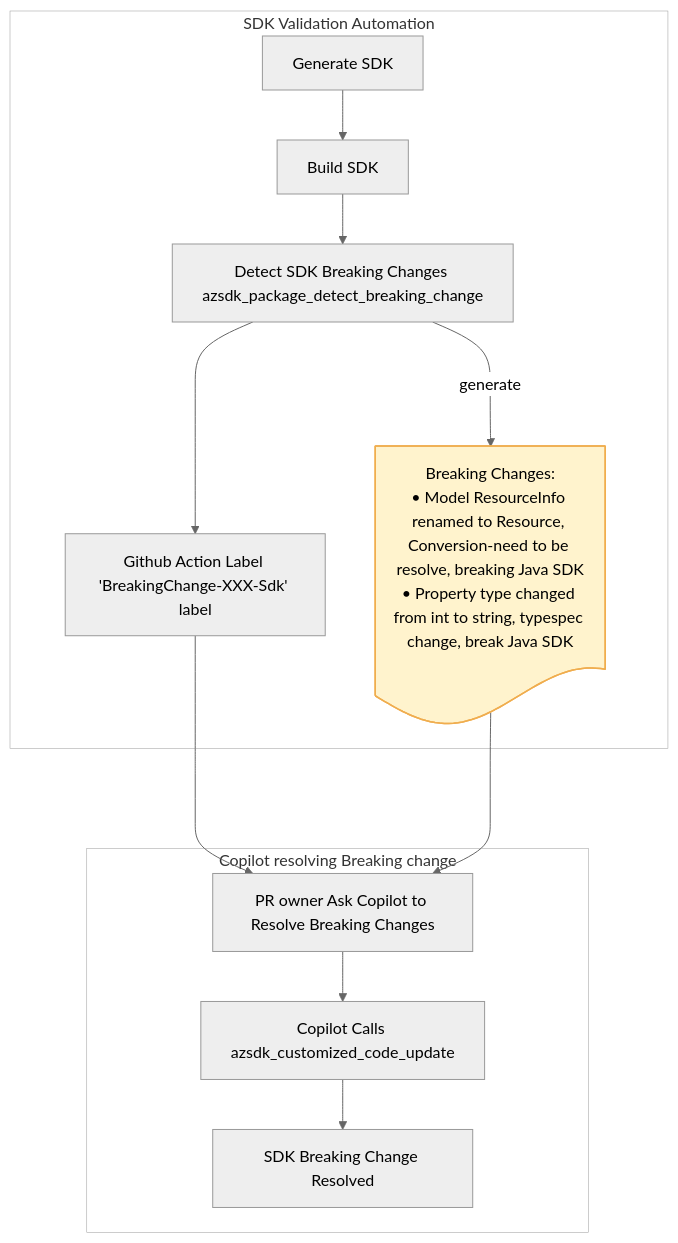
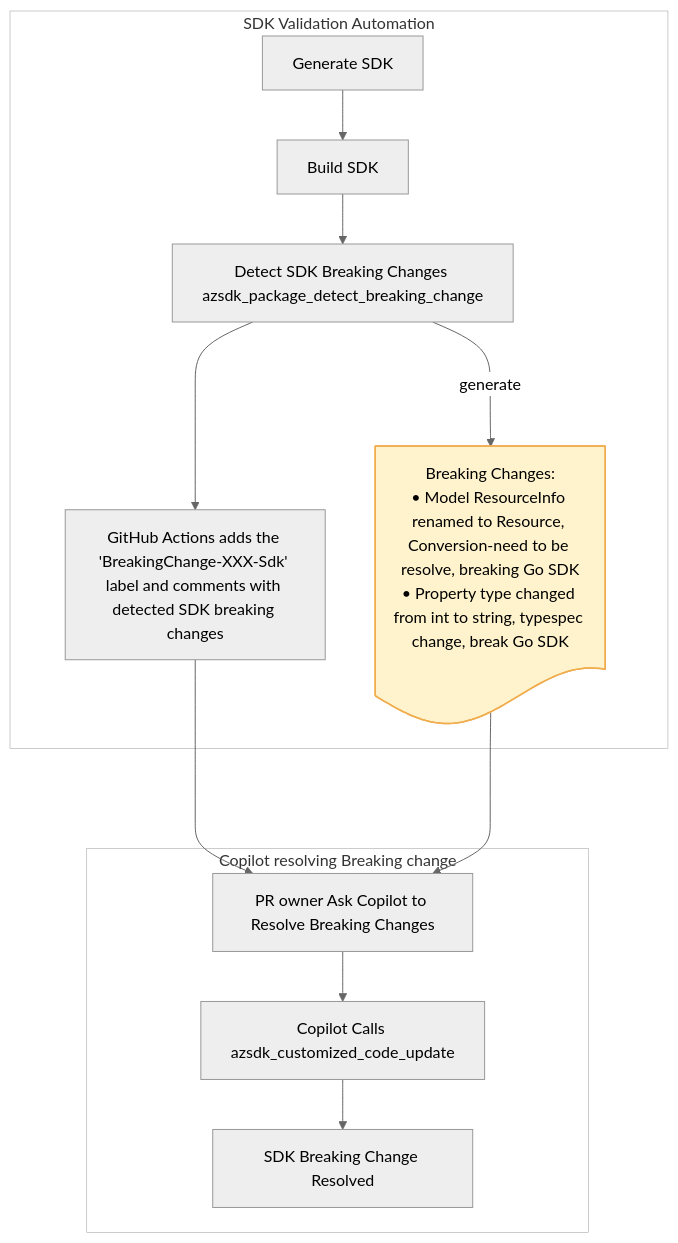
Before and after one commit to Azure/azure-sdk-tools: the second of 2 diagrams in tools/azsdk-cli/docs/specs/sdk-breaking-change-detect.spec.md, drawn with Mermaid (neutral theme). The commit also changed other lines of this file, not shown here.

````diff
--- a/tools/azsdk-cli/docs/specs/sdk-breaking-change-detect.spec.md
+++ b/tools/azsdk-cli/docs/specs/sdk-breaking-change-detect.spec.md
@@ -421,48 +448,48 @@
 ```mermaid
 flowchart TD
     A[Generate SDK]
     H[Build SDK]
     B[Detect SDK Breaking Changes azsdk_package_detect_breaking_change]
-    C[Github Action Label 'BreakingChange-XXX-Sdk' label]
+    C[GitHub Actions adds the 'BreakingChange-XXX-Sdk' label and comments with detected SDK breaking changes]
     D[PR owner Ask Copilot to Resolve Breaking Changes]
     E[Copilot Calls azsdk_customized_code_update]
     F[SDK Breaking Change Resolved]
     subgraph Automation["SDK Validation Automation"]
       A
       H
       B
       C
       G
     end
 
     subgraph Copilot["Copilot resolving Breaking change"]
       D
       E
       F
     end
 
     A --> H
     H --> B
     B --> C
     C --> D
     D --> E
     E --> F
 
-    G@{ shape: doc, label: "Breaking Changes:<br/>• Model ResourceInfo renamed to Resource, Conversion-need to be resolve, breaking Java SDK<br/>• Property type changed from int to string, typespec change, break Java SDK" }
+    G@{ shape: doc, label: "Breaking Changes:<br/>• Model ResourceInfo renamed to Resource, Conversion-need to be resolve, breaking Go SDK<br/>• Property type changed from int to string, typespec change, break Go SDK" }
 
     B ---> |generate|G
     G ---> D
 
     %% styling
     class G breaking;
     classDef breaking fill:#fff3cd,stroke:#f0ad4e,stroke-width:1.5px;
     
     %% 1. Copilot: remove rectangle
     style Copilot fill:transparent,stroke:#999,stroke-width:0.5px
 
     
     %% 2. Automation: simulate bottom border
     style Automation fill:transparent,stroke:#999,stroke-width:0.5px
 
 
 ```
````
